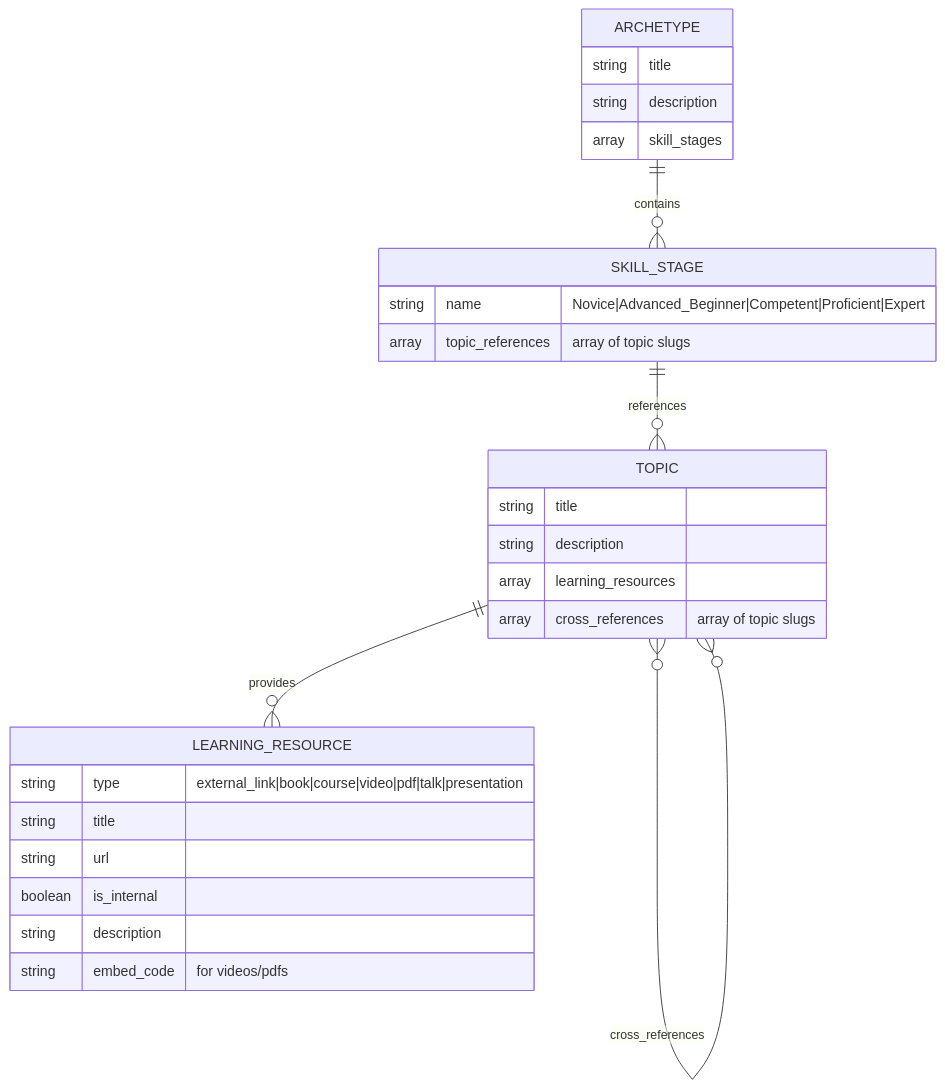
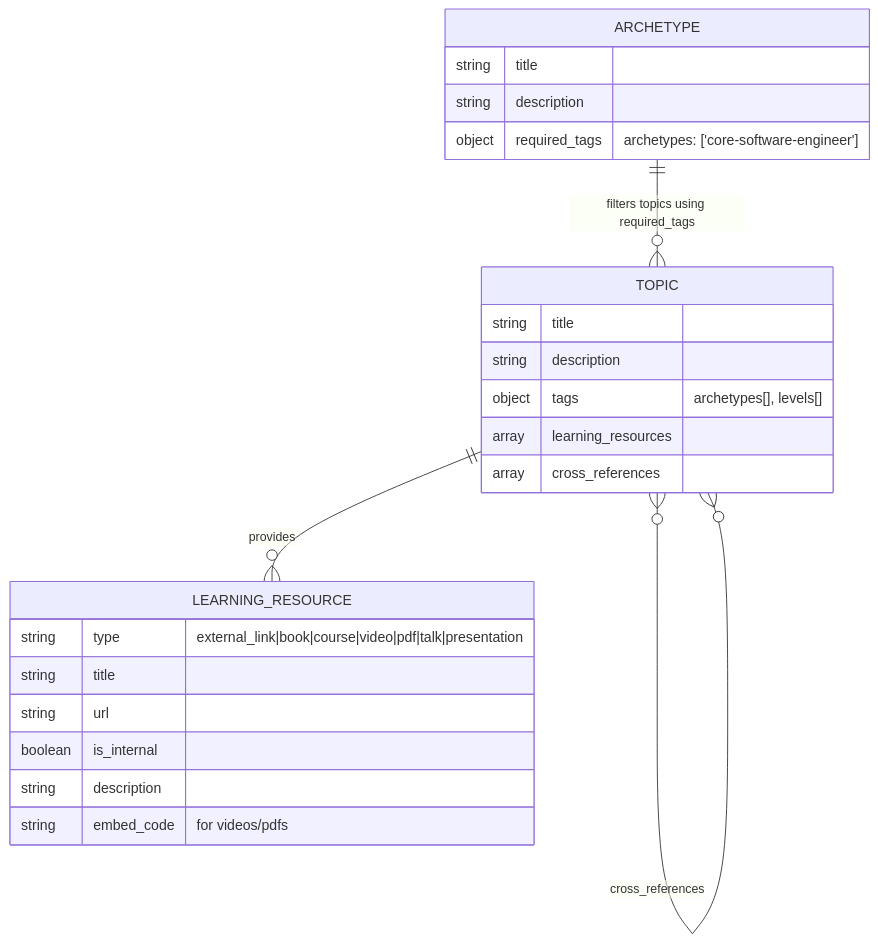
Before and after one commit to Zuehlke/archetypes: the diagram in docs/data-architecture.md, drawn with Mermaid. The commit also changed other lines of this file, not shown here.

Commit message:
changing data architecture to match changes in PR

````diff
--- a/docs/data-architecture.md
+++ b/docs/data-architecture.md
@@ -11,34 +17,29 @@
 ```mermaid
 erDiagram
     ARCHETYPE {
         string title
         string description
-        array skill_stages
+        object required_tags "archetypes: ['core-software-engineer']"
     }
-    
-    SKILL_STAGE {
-        string name "Novice|Advanced_Beginner|Competent|Proficient|Expert"
-        array topic_references "array of topic slugs"
-    }
-    
+
     TOPIC {
         string title
         string description
+        object tags "archetypes[], levels[]"
         array learning_resources
-        array cross_references "array of topic slugs"
+        array cross_references
     }
-    
+
     LEARNING_RESOURCE {
         string type "external_link|book|course|video|pdf|talk|presentation"
         string title
         string url
         boolean is_internal
         string description
         string embed_code "for videos/pdfs"
     }
-    
-    ARCHETYPE ||--o{ SKILL_STAGE : "contains"
-    SKILL_STAGE ||--o{ TOPIC : "references"
+
+    ARCHETYPE ||--o{ TOPIC : "filters topics using required_tags"
     TOPIC ||--o{ LEARNING_RESOURCE : "provides"
     TOPIC }o--o{ TOPIC : "cross_references"
 ```
````
